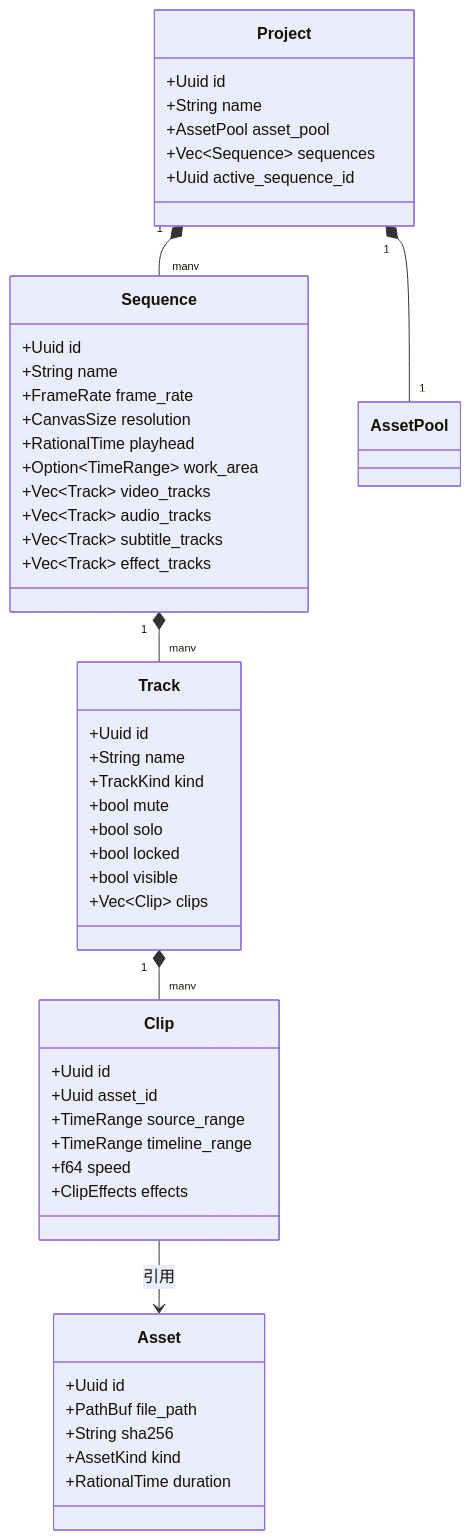
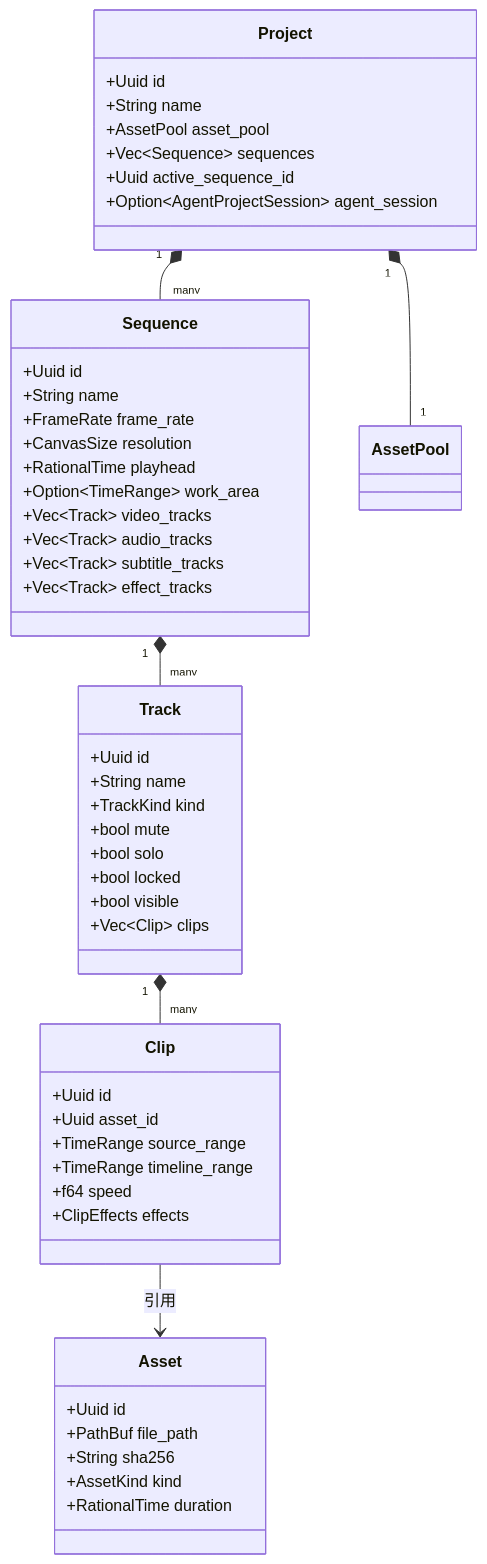
One commit to qiuku2022/ClipFlow changed the diagram in docs/timeline-data-model.md. Above: the diagram before and after it, drawn with Mermaid. The commit also changed other lines of this file and 1544 other files, not shown here.

````diff
--- a/docs/timeline-data-model.md
+++ b/docs/timeline-data-model.md
@@ -214,53 +217,54 @@
 ```mermaid
 classDiagram
     class Project {
         +Uuid id
         +String name
         +AssetPool asset_pool
         +Vec~Sequence~ sequences
         +Uuid active_sequence_id
+        +Option~AgentProjectSession~ agent_session
     }
     class Sequence {
         +Uuid id
         +String name
         +FrameRate frame_rate
         +CanvasSize resolution
         +RationalTime playhead
         +Option~TimeRange~ work_area
         +Vec~Track~ video_tracks
         +Vec~Track~ audio_tracks
         +Vec~Track~ subtitle_tracks
         +Vec~Track~ effect_tracks
     }
     class Track {
         +Uuid id
         +String name
         +TrackKind kind
         +bool mute
         +bool solo
         +bool locked
         +bool visible
         +Vec~Clip~ clips
     }
     class Clip {
         +Uuid id
         +Uuid asset_id
         +TimeRange source_range
         +TimeRange timeline_range
         +f64 speed
         +ClipEffects effects
     }
     class Asset {
         +Uuid id
         +PathBuf file_path
         +String sha256
         +AssetKind kind
         +RationalTime duration
     }
 
     Project "1" *-- "1" AssetPool
     Project "1" *-- "many" Sequence
     Sequence "1" *-- "many" Track
     Track "1" *-- "many" Clip
     Clip --> Asset : 引用
 ```
````
